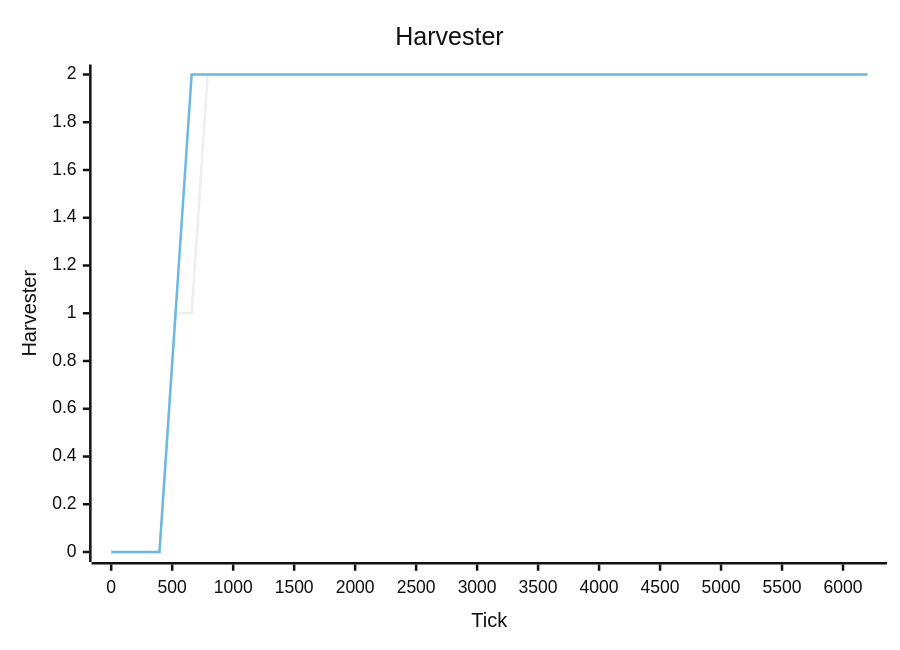
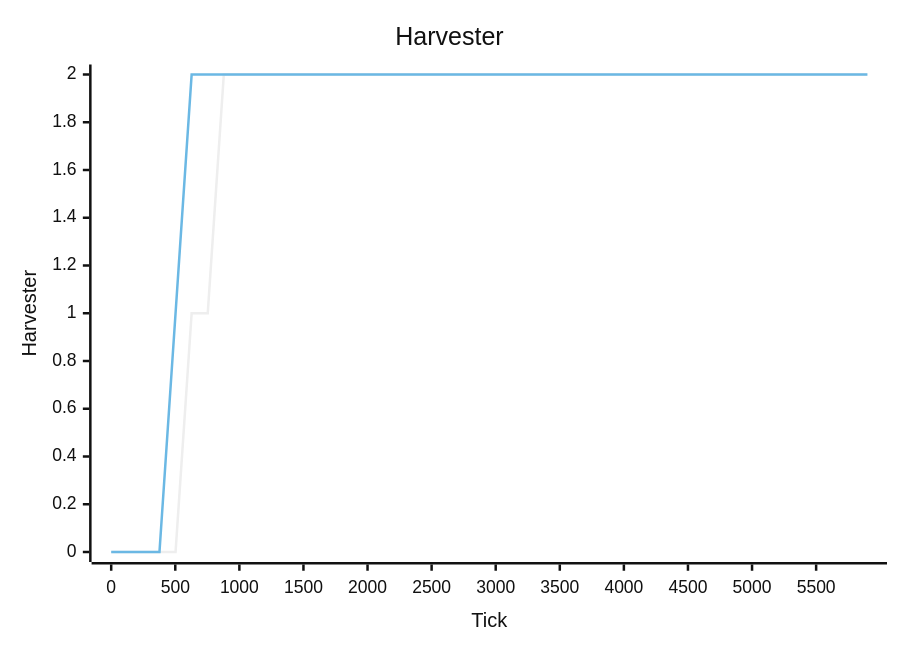
One commit to arn-c0de/Project_Nova changed the fourth of 4 diagrams in tools/Nova.AiLab/reports/latest.md. Above: the diagram before and after it, drawn with Mermaid (neutral theme). The commit also changed other lines of this file and 272 other files, not shown here.

````diff
--- a/tools/Nova.AiLab/reports/latest.md
+++ b/tools/Nova.AiLab/reports/latest.md
@@ -82,8 +82,8 @@
 ```mermaid
 xychart-beta
     title "Harvester"
-    x-axis "Tick" 0 --> 6200
+    x-axis "Tick" 0 --> 5900
     y-axis "Harvester" 0 --> 2
-    line [0, 0, 0, 0, 1, 1, 2, 2, 2, 2, 2, 2, 2, 2, 2, 2, 2, 2, 2, 2, 2, 2, 2, 2, 2, 2, 2, 2, 2, 2, 2, 2, 2, 2, 2, 2, 2, 2, 2, 2, 2, 2, 2, 2, 2, 2, 2, 2]
+    line [0, 0, 0, 0, 0, 1, 1, 2, 2, 2, 2, 2, 2, 2, 2, 2, 2, 2, 2, 2, 2, 2, 2, 2, 2, 2, 2, 2, 2, 2, 2, 2, 2, 2, 2, 2, 2, 2, 2, 2, 2, 2, 2, 2, 2, 2, 2, 2]
     line [0, 0, 0, 0, 1, 2, 2, 2, 2, 2, 2, 2, 2, 2, 2, 2, 2, 2, 2, 2, 2, 2, 2, 2, 2, 2, 2, 2, 2, 2, 2, 2, 2, 2, 2, 2, 2, 2, 2, 2, 2, 2, 2, 2, 2, 2, 2, 2]
 ```
````
